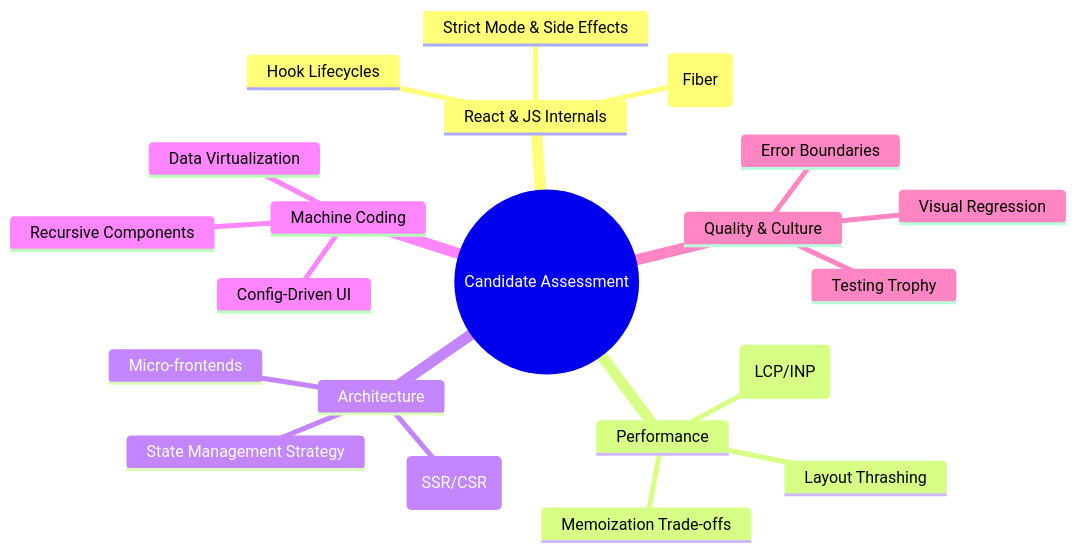
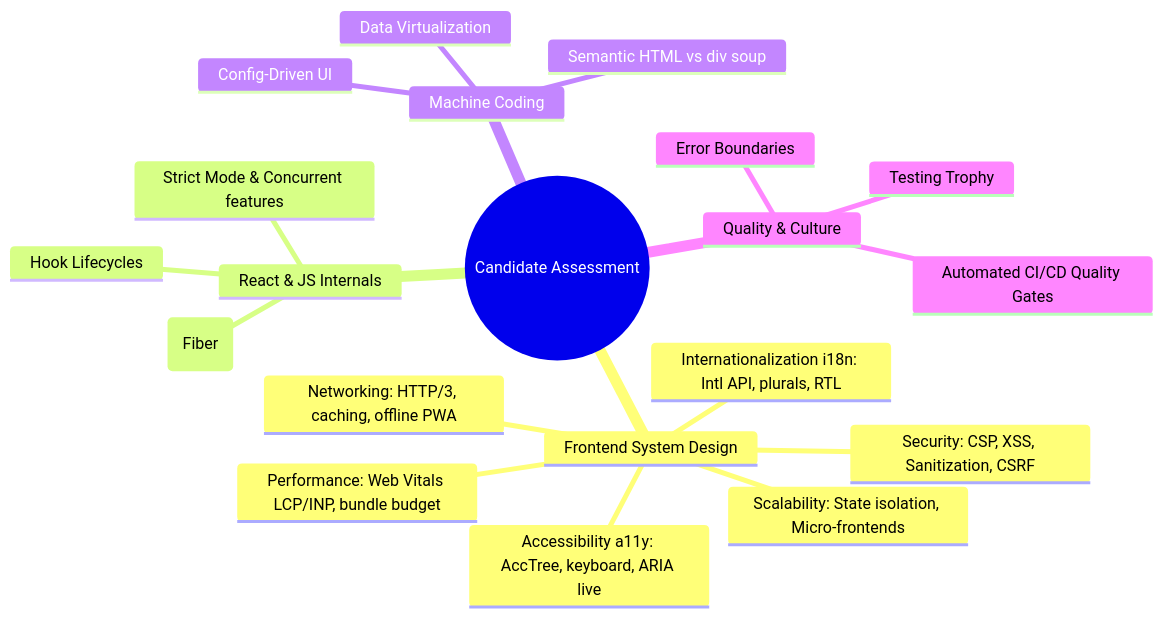
The diagram in cheatsheets/Interviewer_Reference.md (kumaratul60/System-Design), drawn with Mermaid before and after one commit. The commit also changed other lines of this file and 11 other files, not shown here.

First line of the commit message:
Add master architectural reference for Web Accessibility (a11y), Internationalization (i18n), and Localization (l10n)

````diff
--- a/cheatsheets/Interviewer_Reference.md
+++ b/cheatsheets/Interviewer_Reference.md
@@ -9,24 +24,23 @@
 ```mermaid
 mindmap
   root((Candidate Assessment))
+    Frontend System Design
+      Accessibility a11y: AccTree, keyboard, ARIA live
+      Internationalization i18n: Intl API, plurals, RTL
+      Performance: Web Vitals LCP/INP, bundle budget
+      Networking: HTTP/3, caching, offline PWA
+      Security: CSP, XSS, Sanitization, CSRF
+      Scalability: State isolation, Micro-frontends
     React & JS Internals
       Reconciliation (Fiber)
       Hook Lifecycles
-      Strict Mode & Side Effects
-    Performance
-      Web Vitals (LCP/INP)
-      Layout Thrashing
-      Memoization Trade-offs
-    Architecture
-      Micro-frontends
-      State Management Strategy
-      Hybrid Rendering (SSR/CSR)
+      Strict Mode & Concurrent features
     Machine Coding
       Config-Driven UI
-      Recursive Components
+      Semantic HTML vs div soup
       Data Virtualization
     Quality & Culture
       Testing Trophy
-      Visual Regression
+      Automated CI/CD Quality Gates
       Error Boundaries
 ```
````
